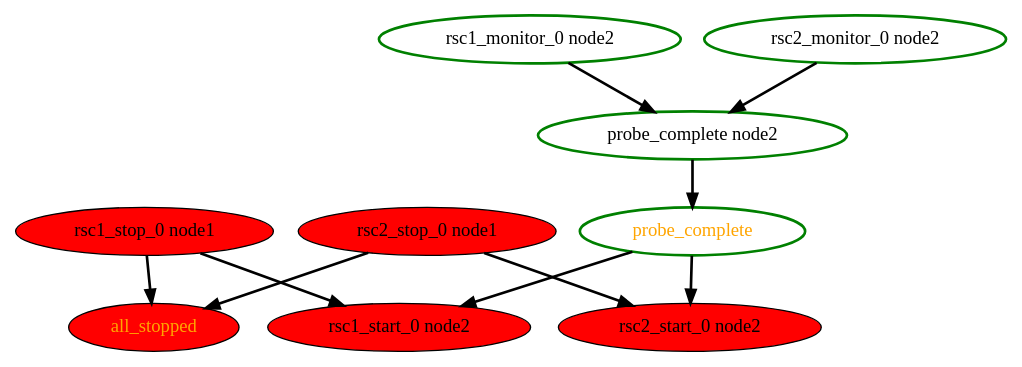
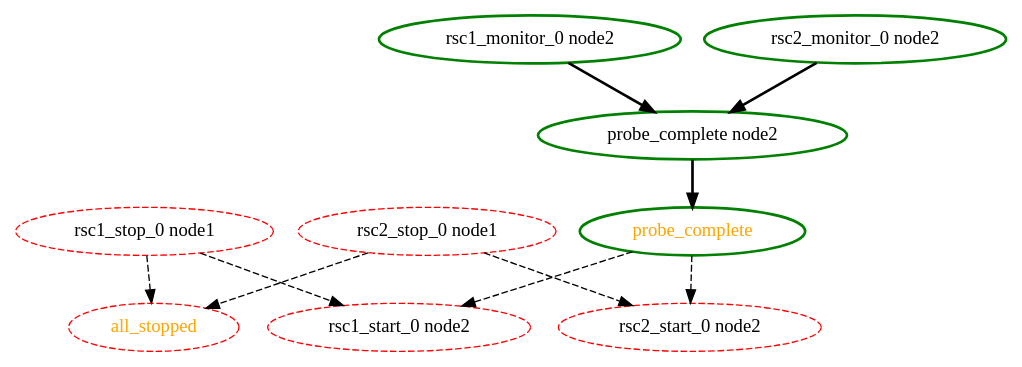
One commit to richiewen8/heartbeat changed the diagram in crm/pengine/testcases/rec-node-10.dot. Above: the diagram before and after it, drawn with Graphviz. The commit also changed 13 other files, not shown here.

Commit message:
Low: PE: Improvements to the graph and .dot creation code * Tweaks to ensure the .dot file is accurate * Actions not included in the graph are dashed * Actions dependancies not included in the graph are dashed * Unrunnable actions have a red outline (instead of filled red) * Update regression tests

```diff
--- a/crm/pengine/testcases/rec-node-10.dot
+++ b/crm/pengine/testcases/rec-node-10.dot
@@ -1,20 +1,20 @@
  digraph "g" {
-"all_stopped" [ style=filled color="black" fontcolor="orange"  fillcolor=red]
+"all_stopped" [ style=dashed color="red" fontcolor="orange"  ]
 "probe_complete node2" -> "probe_complete" [ style = bold]
 "probe_complete node2" [ style=bold color="green" fontcolor="black" ]
-"probe_complete" -> "rsc1_start_0 node2" [ style = bold]
-"probe_complete" -> "rsc2_start_0 node2" [ style = bold]
+"probe_complete" -> "rsc1_start_0 node2" [ style = dashed]
+"probe_complete" -> "rsc2_start_0 node2" [ style = dashed]
 "probe_complete" [ style=bold color="green" fontcolor="orange" ]
 "rsc1_monitor_0 node2" -> "probe_complete node2" [ style = bold]
 "rsc1_monitor_0 node2" [ style=bold color="green" fontcolor="black" ]
-"rsc1_start_0 node2" [ style=filled color="black" fontcolor="black"  fillcolor=red]
-"rsc1_stop_0 node1" -> "all_stopped" [ style = bold]
-"rsc1_stop_0 node1" -> "rsc1_start_0 node2" [ style = bold]
-"rsc1_stop_0 node1" [ style=filled color="black" fontcolor="black"  fillcolor=red]
+"rsc1_start_0 node2" [ style=dashed color="red" fontcolor="black"  ]
+"rsc1_stop_0 node1" -> "all_stopped" [ style = dashed]
+"rsc1_stop_0 node1" -> "rsc1_start_0 node2" [ style = dashed]
+"rsc1_stop_0 node1" [ style=dashed color="red" fontcolor="black"  ]
 "rsc2_monitor_0 node2" -> "probe_complete node2" [ style = bold]
 "rsc2_monitor_0 node2" [ style=bold color="green" fontcolor="black" ]
-"rsc2_start_0 node2" [ style=filled color="black" fontcolor="black"  fillcolor=red]
-"rsc2_stop_0 node1" -> "all_stopped" [ style = bold]
-"rsc2_stop_0 node1" -> "rsc2_start_0 node2" [ style = bold]
-"rsc2_stop_0 node1" [ style=filled color="black" fontcolor="black"  fillcolor=red]
+"rsc2_start_0 node2" [ style=dashed color="red" fontcolor="black"  ]
+"rsc2_stop_0 node1" -> "all_stopped" [ style = dashed]
+"rsc2_stop_0 node1" -> "rsc2_start_0 node2" [ style = dashed]
+"rsc2_stop_0 node1" [ style=dashed color="red" fontcolor="black"  ]
 }
```
